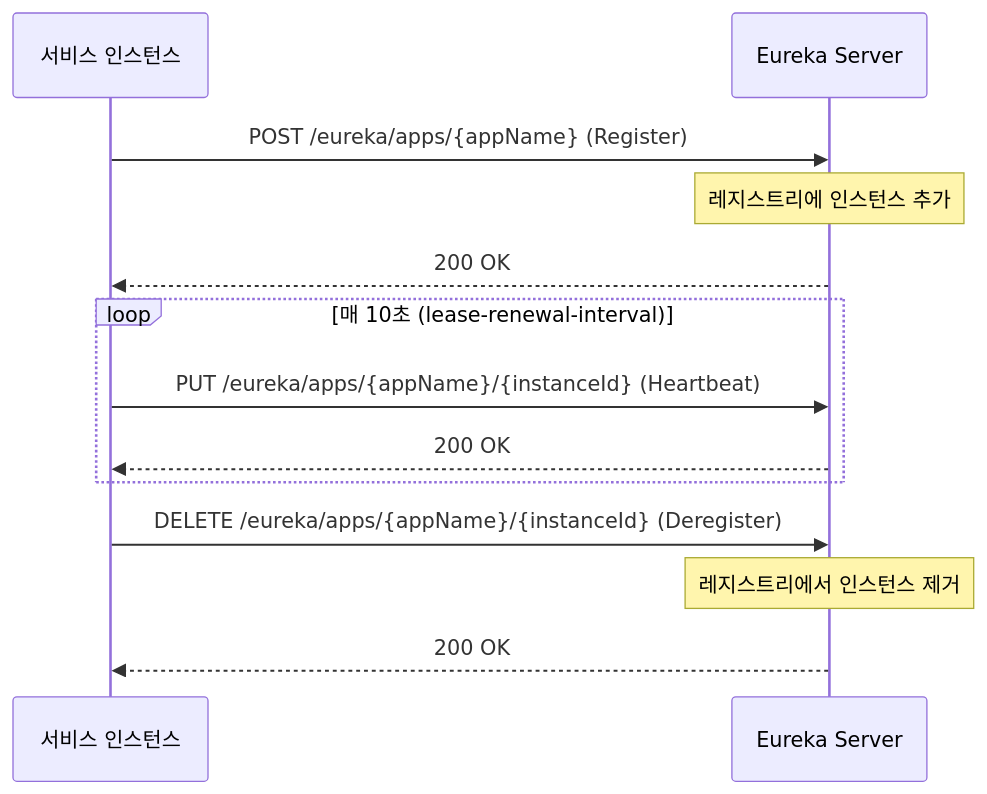
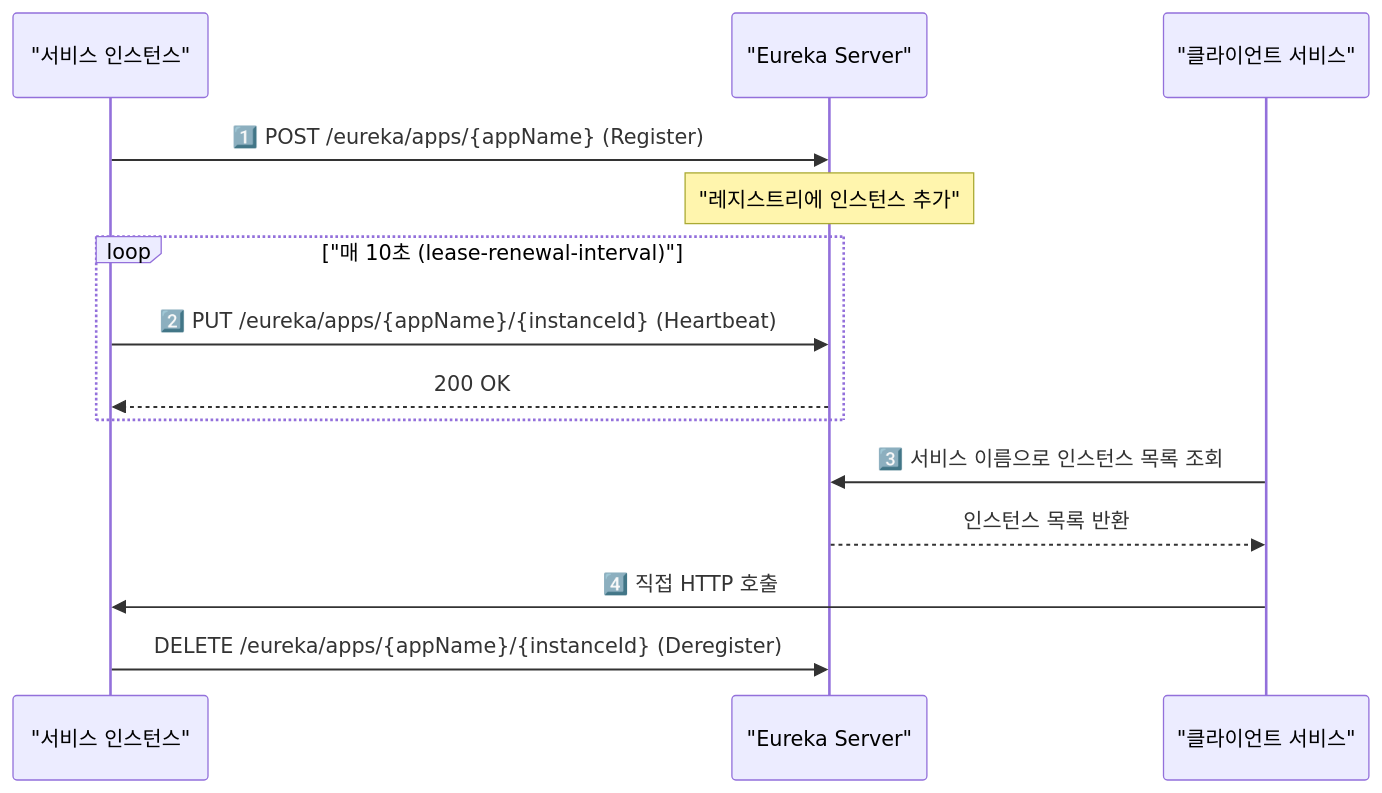
One commit to yjkim2015/yjkim2015.github.io changed the first of 4 diagrams in _posts/spring/2026-05-01-spring-eureka.md. Above: the diagram before and after it, drawn with Mermaid. The commit also changed other lines of this file and 34 other files, not shown here.

First line of the commit message:
Full quality pass: 41 files — ASCII removed, 동작원리 보강, diagrams

```diff
--- a/_posts/spring/2026-05-01-spring-eureka.md
+++ b/_posts/spring/2026-05-01-spring-eureka.md
@@ -184,18 +28,17 @@
 <div class="mermaid">
 sequenceDiagram
-    participant S as 서비스 인스턴스
-    participant E as Eureka Server
+    participant S as "서비스 인스턴스"
+    participant E as "Eureka Server"
+    participant C as "클라이언트 서비스"
 
-    S->>E: POST /eureka/apps/{appName} (Register)
-    Note over E: 레지스트리에 인스턴스 추가
-    E-->>S: 200 OK
-
-    loop 매 10초 (lease-renewal-interval)
-        S->>E: PUT /eureka/apps/{appName}/{instanceId} (Heartbeat)
+    S->>E: 1️⃣ POST /eureka/apps/{appName} (Register)
+    Note over E: "레지스트리에 인스턴스 추가"
+    loop "매 10초 (lease-renewal-interval)"
+        S->>E: 2️⃣ PUT /eureka/apps/{appName}/{instanceId} (Heartbeat)
         E-->>S: 200 OK
     end
-
+    C->>E: 3️⃣ 서비스 이름으로 인스턴스 목록 조회
+    E-->>C: 인스턴스 목록 반환
+    C->>S: 4️⃣ 직접 HTTP 호출
     S->>E: DELETE /eureka/apps/{appName}/{instanceId} (Deregister)
-    Note over E: 레지스트리에서 인스턴스 제거
-    E-->>S: 200 OK
 </div>
```
